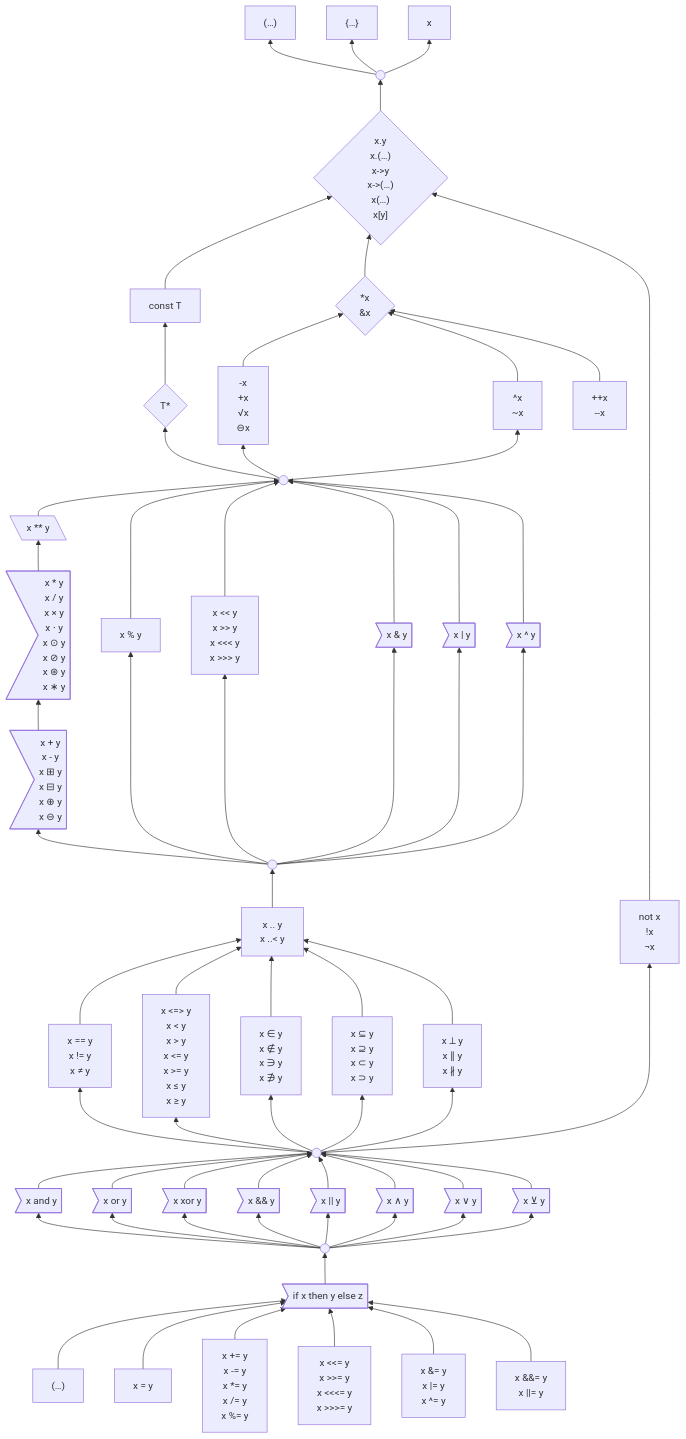
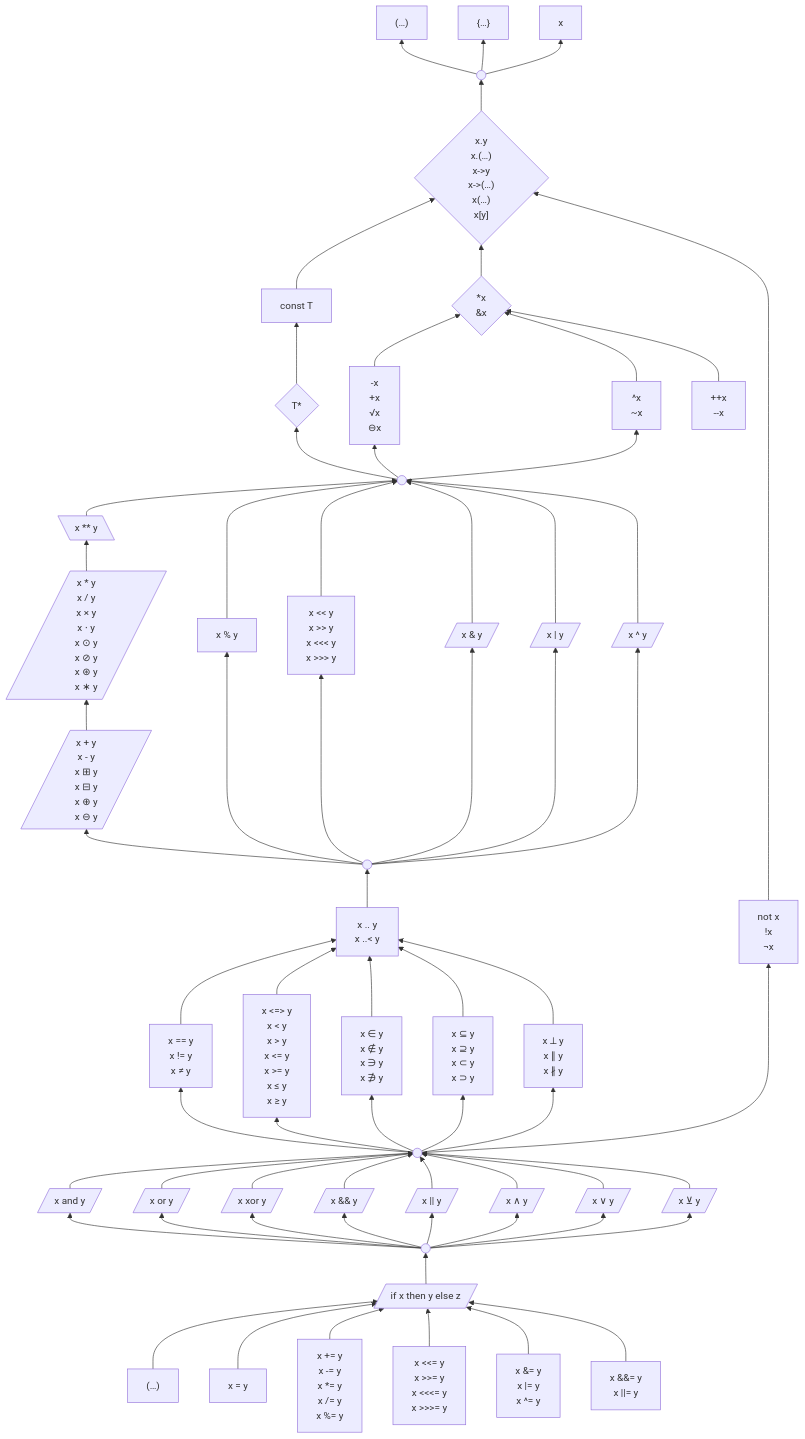
The first of 2 diagrams in 6 .../2 Unfinished Ideas.md (laro/Cilia), drawn with Mermaid before and after one commit. The commit also changed other lines of this file, not shown here.

Commit message:
Update 2 Unfinished Ideas.md

```diff
--- a/6 .../2 Unfinished Ideas.md
+++ b/6 .../2 Unfinished Ideas.md
@@ -204,21 +204,21 @@
     power[\"x ** y"\]
 
     multiplication --> power
-    multiplication>"x * y
+    multiplication[/"x * y
                     x / y
                     x × y
                     x ⋅ y
                     x ⊙ y
                     x ⊘ y
                     x ⊛ y
-                    x ∗ y"]
+                    x ∗ y"/]
     addition --> multiplication
-    addition>"x + y
+    addition[/"x + y
               x - y
               x ⊞ y
               x ⊟ y
               x ⊕ y
-              x ⊖ y"]
+              x ⊖ y"/]
 
     modulo & shiftRotate & bitwiseAnd & bitwiseOr & bitwiseXor ---> unary
     modulo["x % y"]
@@ -226,9 +226,9 @@
                  x >> y
                  x <<< y
                  x >>> y"]
-    bitwiseAnd>"x & y"]
-    bitwiseOr>"x | y"]
-    bitwiseXor>"x ^ y"]
+    bitwiseAnd[/"x & y"/]
+    bitwiseOr[/"x | y"/]
+    bitwiseXor[/"x ^ y"/]
 
     binaryOps --> addition & modulo & bitwiseAnd & bitwiseOr & bitwiseXor & shiftRotate
     binaryOps((" "))
@@ -277,21 +277,21 @@
     %% as["x as T"]
 
     and & or & xor & andAmp & orAmp & andSym & orSym & xorSym --> logicalOperand
-    and>"x and y"]
-    or>"x or y"]
-    xor>"x xor y"]
-    andAmp>"x && y"]
-    orAmp>"x || y"]
-    andSym>"x ∧ y"]
-    orSym>"x ∨ y"]
-    xorSym>"x ⊻ y"]
+    and[/"x and y"/]
+    or[/"x or y"/]
+    xor[/"x xor y"/]
+    andAmp[/"x && y"/]
+    orAmp[/"x || y"/]
+    andSym[/"x ∧ y"/]
+    orSym[/"x ∨ y"/]
+    xorSym[/"x ⊻ y"/]
 
     %% logicalExpression ---> as
     logicalExpression --> and & or & xor & andAmp & orAmp & andSym & orSym & xorSym
     logicalExpression((" "))
 
     ifThenElse --> logicalExpression
-    ifThenElse>"if x then y else z"]
+    ifThenElse[/"if x then y else z"/]
 
 
     insideParens & assignPlain & assignArithmetic & assignShift & assignBitwise & assignLogical --> ifThenElse
```
